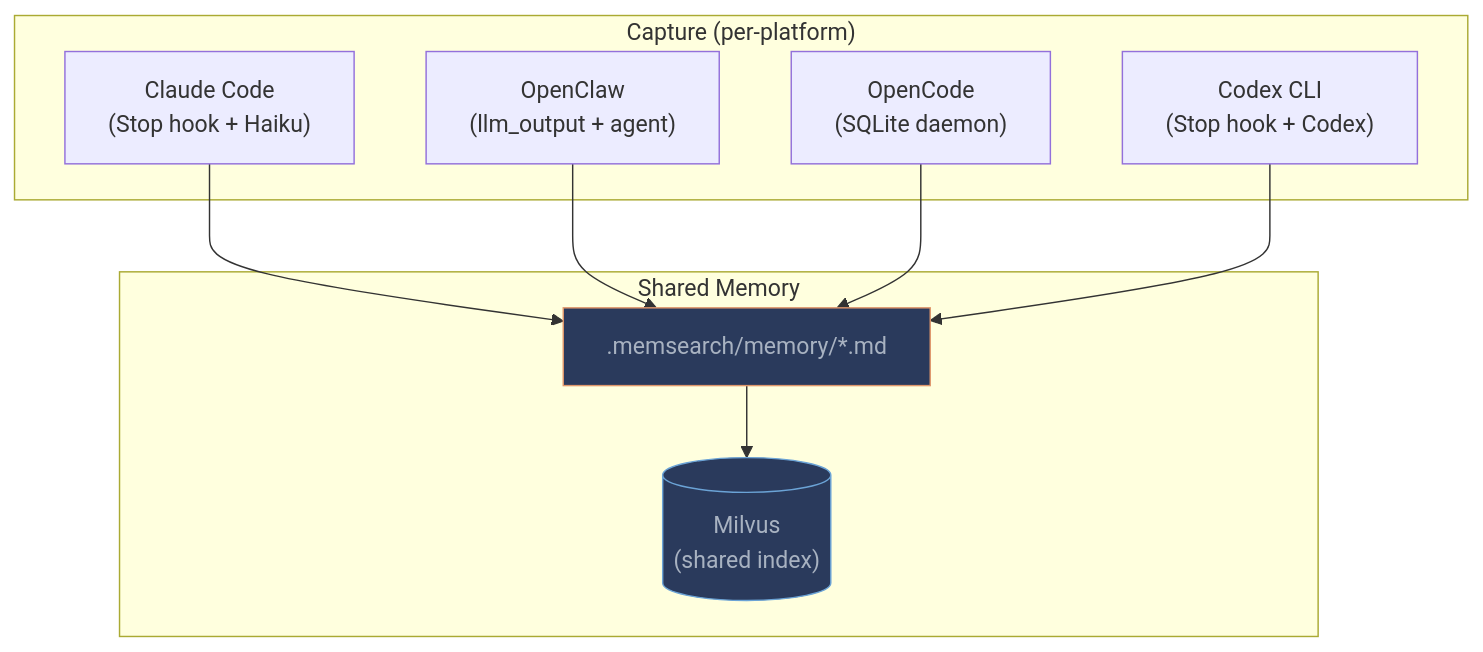
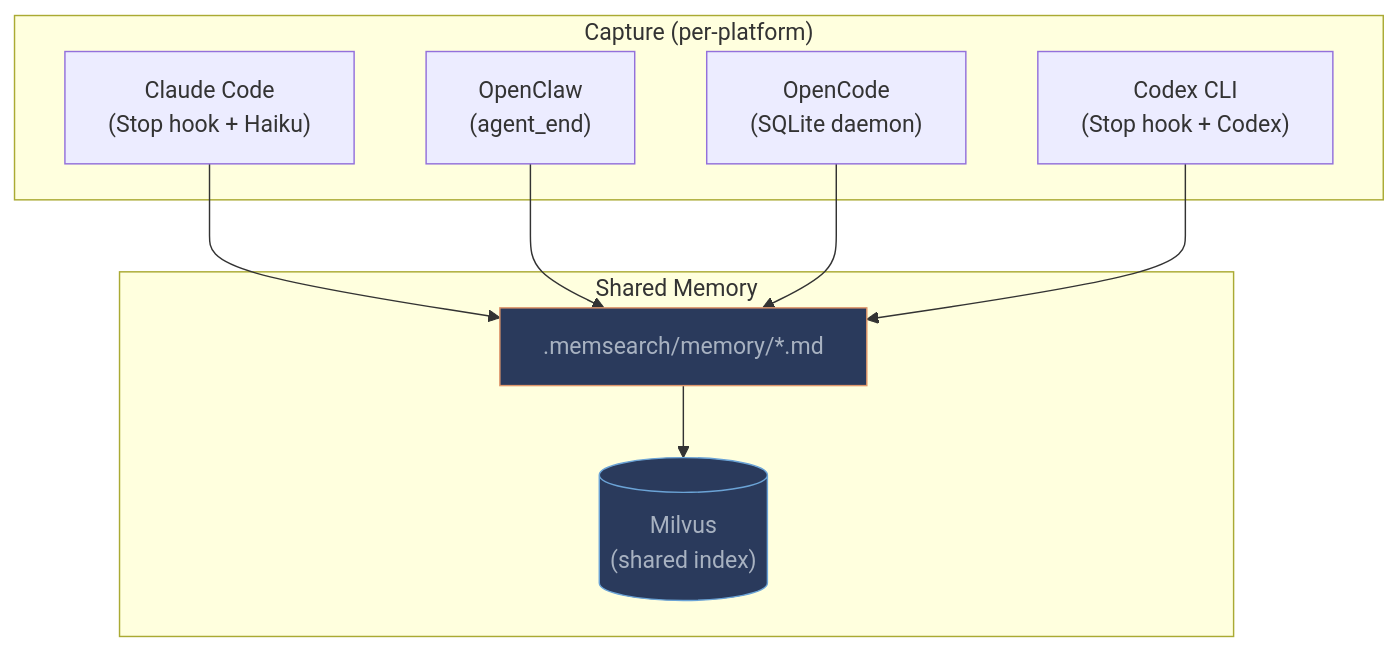
The first of 10 diagrams in docs/architecture.md (zilliztech/memsearch), drawn with Mermaid before and after one commit. The commit also changed 7 other files, not shown here.

First line of the commit message:
docs: update OpenClaw capture architecture from llm_output debounce to agent_end

````diff
--- a/docs/architecture.md
+++ b/docs/architecture.md
@@ -11,20 +11,20 @@
 ```mermaid
 graph TB
     subgraph "Capture (per-platform)"
         CC["Claude Code<br/>(Stop hook + Haiku)"]
-        OC["OpenClaw<br/>(llm_output + agent)"]
+        OC["OpenClaw<br/>(agent_end)"]
         OO["OpenCode<br/>(SQLite daemon)"]
         CX["Codex CLI<br/>(Stop hook + Codex)"]
     end
 
     subgraph "Shared Memory"
         MD[".memsearch/memory/*.md"]
         MIL[("Milvus<br/>(shared index)")]
     end
 
     CC & OC & OO & CX --> MD
     MD --> MIL
 
     style MD fill:#2a3a5c,stroke:#e0976b,color:#a8b2c1
     style MIL fill:#2a3a5c,stroke:#6ba3d6,color:#a8b2c1
 ```
````
